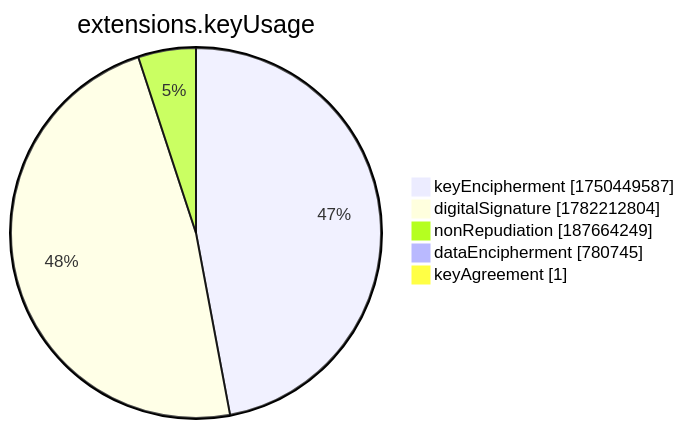
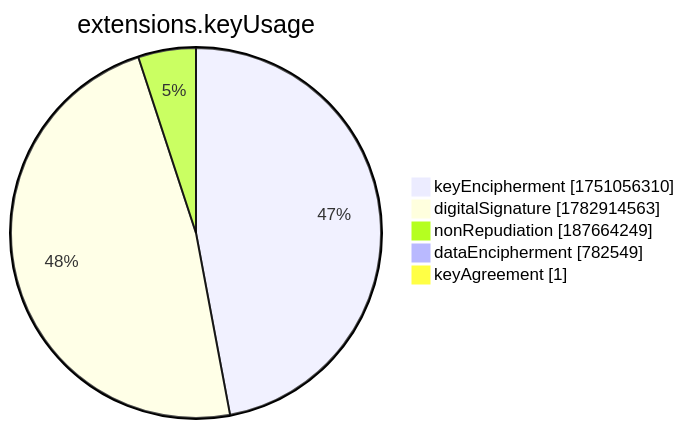
Before and after one commit to christiankrug/ctmonitor_visualization: the seventh of 15 diagrams in xenon2022/README.md, drawn with Mermaid. The commit also changed other lines of this file, not shown here.

````diff
--- a/xenon2022/README.md
+++ b/xenon2022/README.md
@@ -2859,9 +2859,9 @@
 ```mermaid
 pie showData
 title extensions.keyUsage
-"keyEncipherment" :1750449587
-"digitalSignature" :1782212804
+"keyEncipherment" :1751056310
+"digitalSignature" :1782914563
 "nonRepudiation" :187664249
-"dataEncipherment" :780745
+"dataEncipherment" :782549
 "keyAgreement" :1
 ```
````
